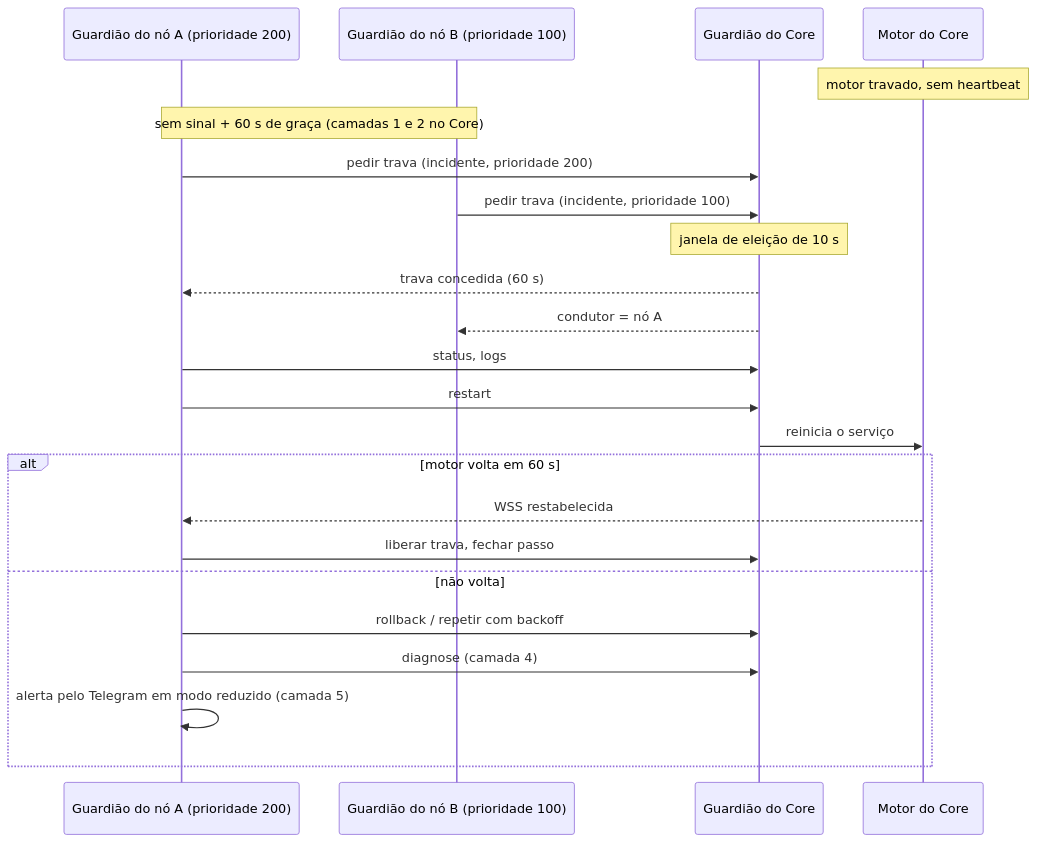
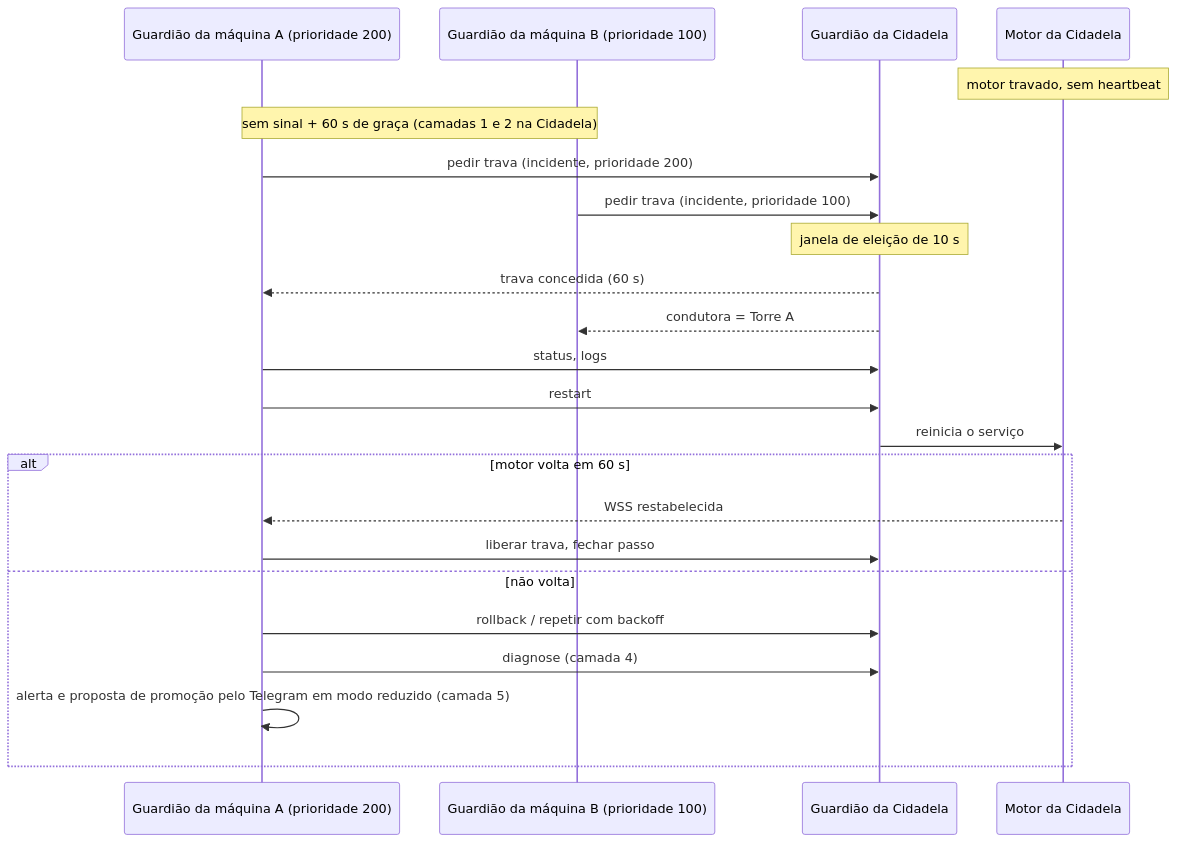
The diagram in docs/autocura/camadas.md (lucasndas/mestre), drawn with Mermaid before and after one commit. The commit also changed other lines of this file and 142 other files, not shown here.

````diff
--- a/docs/autocura/camadas.md
+++ b/docs/autocura/camadas.md
@@ -73,25 +75,25 @@
 ```mermaid
 sequenceDiagram
-  participant A as Guardião do nó A (prioridade 200)
-  participant B as Guardião do nó B (prioridade 100)
-  participant GC as Guardião do Core
-  participant MC as Motor do Core
+  participant A as Guardião da máquina A (prioridade 200)
+  participant B as Guardião da máquina B (prioridade 100)
+  participant GC as Guardião da Cidadela
+  participant MC as Motor da Cidadela
   Note over MC: motor travado, sem heartbeat
-  Note over A,B: sem sinal + 60 s de graça (camadas 1 e 2 no Core)
+  Note over A,B: sem sinal + 60 s de graça (camadas 1 e 2 na Cidadela)
   A->>GC: pedir trava (incidente, prioridade 200)
   B->>GC: pedir trava (incidente, prioridade 100)
   Note over GC: janela de eleição de 10 s
   GC-->>A: trava concedida (60 s)
-  GC-->>B: condutor = nó A
+  GC-->>B: condutora = Torre A
   A->>GC: status, logs
   A->>GC: restart
   GC->>MC: reinicia o serviço
   alt motor volta em 60 s
     MC-->>A: WSS restabelecida
     A->>GC: liberar trava, fechar passo
   else não volta
     A->>GC: rollback / repetir com backoff
     A->>GC: diagnose (camada 4)
-    A->>A: alerta pelo Telegram em modo reduzido (camada 5)
+    A->>A: alerta e proposta de promoção pelo Telegram em modo reduzido (camada 5)
   end
 ```
````
